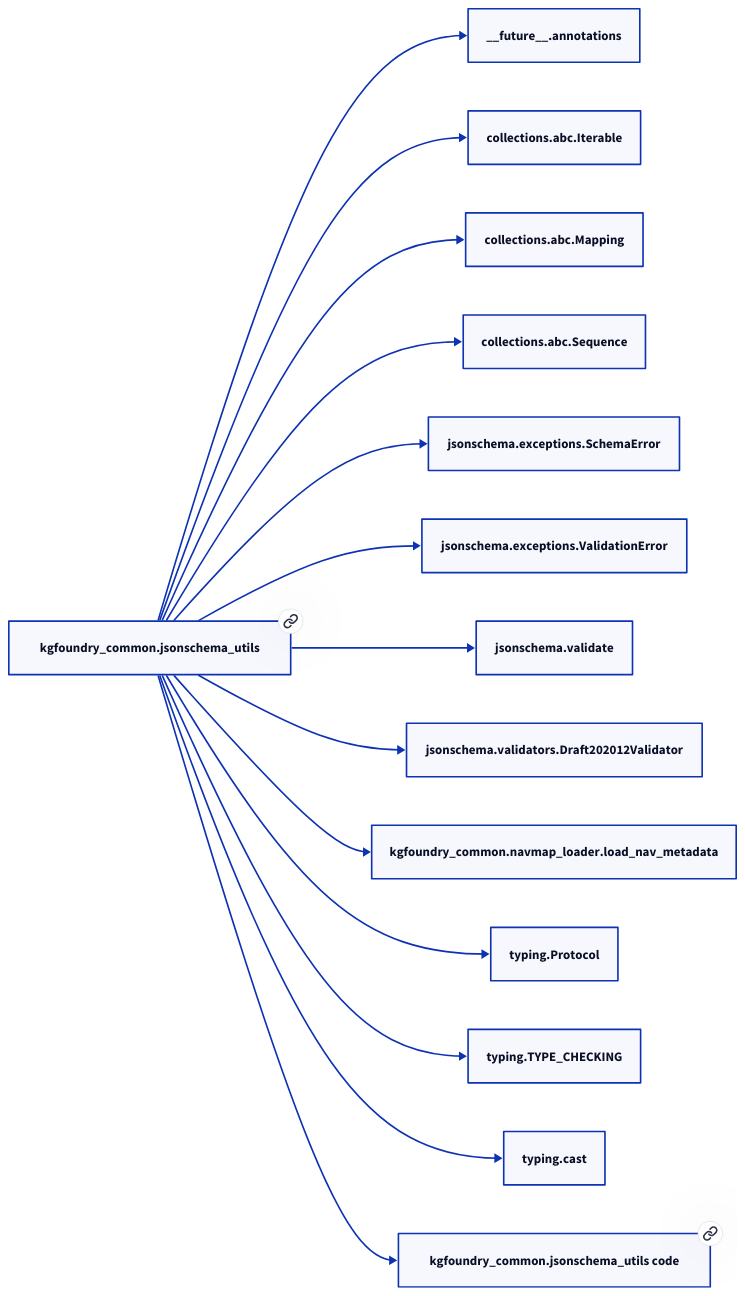
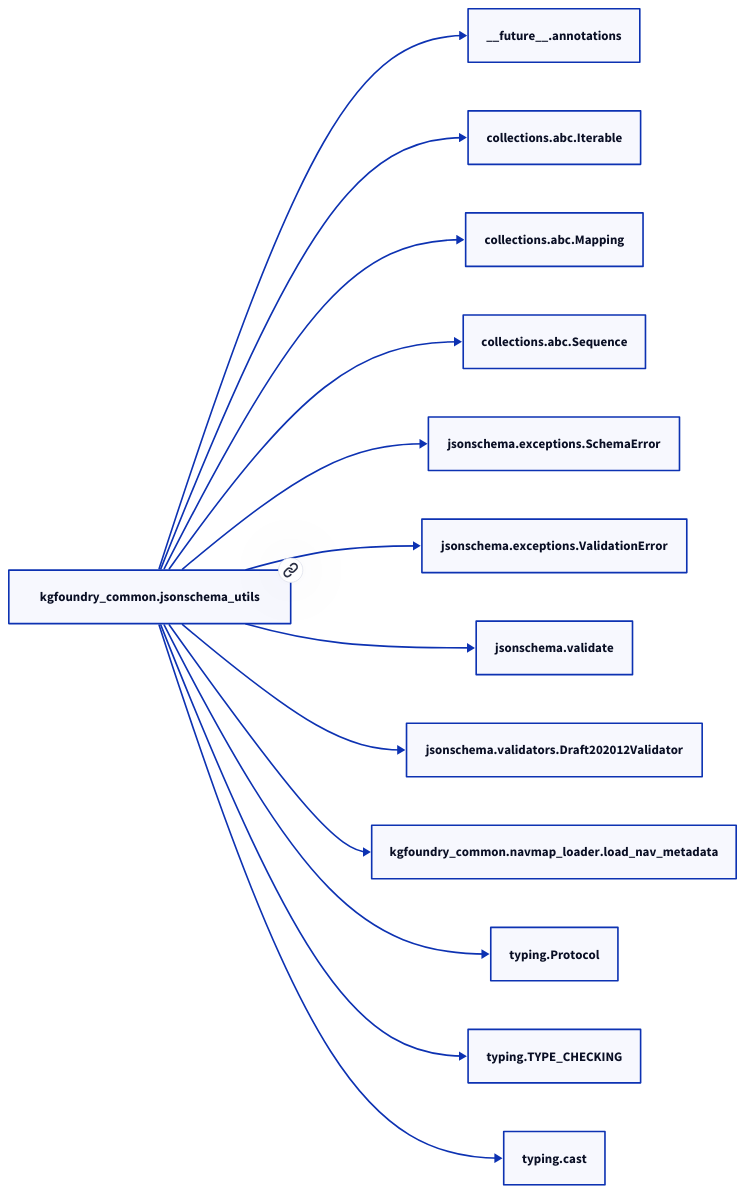
Before and after one commit to paul-heyse/kgforge: the second of 2 diagrams in docs/modules/kgfoundry_common/jsonschema_utils.md, drawn with D2. The commit also changed other lines of this file and 118 other files, not shown here.

````diff
--- a/docs/modules/kgfoundry_common/jsonschema_utils.md
+++ b/docs/modules/kgfoundry_common/jsonschema_utils.md
@@ -57,30 +55,28 @@
 ```d2
 direction: right
-"kgfoundry_common.jsonschema_utils": "kgfoundry_common.jsonschema_utils" { link: "./kgfoundry_common/jsonschema_utils.md" }
+"kgfoundry_common.jsonschema_utils": "kgfoundry_common.jsonschema_utils" { link: "jsonschema_utils.md" }
 "__future__.annotations": "__future__.annotations"
 "kgfoundry_common.jsonschema_utils" -> "__future__.annotations"
 "collections.abc.Iterable": "collections.abc.Iterable"
 "kgfoundry_common.jsonschema_utils" -> "collections.abc.Iterable"
 "collections.abc.Mapping": "collections.abc.Mapping"
 "kgfoundry_common.jsonschema_utils" -> "collections.abc.Mapping"
 "collections.abc.Sequence": "collections.abc.Sequence"
 "kgfoundry_common.jsonschema_utils" -> "collections.abc.Sequence"
 "jsonschema.exceptions.SchemaError": "jsonschema.exceptions.SchemaError"
 "kgfoundry_common.jsonschema_utils" -> "jsonschema.exceptions.SchemaError"
 "jsonschema.exceptions.ValidationError": "jsonschema.exceptions.ValidationError"
 "kgfoundry_common.jsonschema_utils" -> "jsonschema.exceptions.ValidationError"
 "jsonschema.validate": "jsonschema.validate"
 "kgfoundry_common.jsonschema_utils" -> "jsonschema.validate"
 "jsonschema.validators.Draft202012Validator": "jsonschema.validators.Draft202012Validator"
 "kgfoundry_common.jsonschema_utils" -> "jsonschema.validators.Draft202012Validator"
 "kgfoundry_common.navmap_loader.load_nav_metadata": "kgfoundry_common.navmap_loader.load_nav_metadata"
 "kgfoundry_common.jsonschema_utils" -> "kgfoundry_common.navmap_loader.load_nav_metadata"
 "typing.Protocol": "typing.Protocol"
 "kgfoundry_common.jsonschema_utils" -> "typing.Protocol"
 "typing.TYPE_CHECKING": "typing.TYPE_CHECKING"
 "kgfoundry_common.jsonschema_utils" -> "typing.TYPE_CHECKING"
 "typing.cast": "typing.cast"
 "kgfoundry_common.jsonschema_utils" -> "typing.cast"
-"kgfoundry_common.jsonschema_utils_code": "kgfoundry_common.jsonschema_utils code" { link: "https://github.com/kgfoundry/kgfoundry/blob/main/src/kgfoundry_common/jsonschema_utils.py" }
-"kgfoundry_common.jsonschema_utils" -> "kgfoundry_common.jsonschema_utils_code" { style: dashed }
 ```
````
